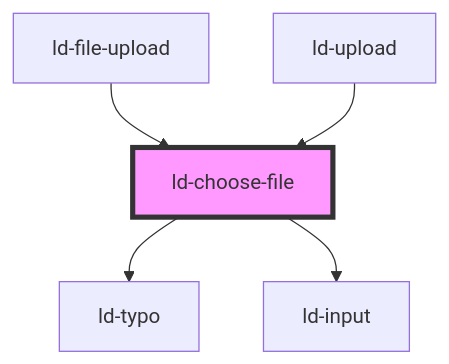
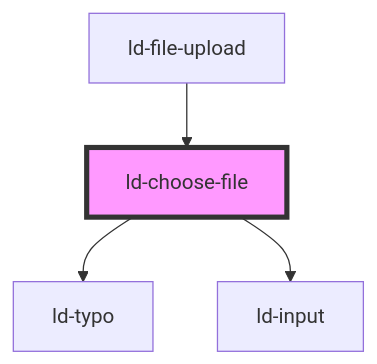
One commit to emdgroup-liquid/liquid changed the diagram in src/liquid/components/ld-file-upload/ld-choose-file/readme.md. Above: the diagram before and after it, drawn with Mermaid. The commit also changed other lines of this file and 12 other files, not shown here.

````diff
--- a/src/liquid/components/ld-file-upload/ld-choose-file/readme.md
+++ b/src/liquid/components/ld-file-upload/ld-choose-file/readme.md
@@ -74,8 +77,7 @@
 ```mermaid
 graph TD;
   ld-choose-file --> ld-typo
   ld-choose-file --> ld-input
   ld-file-upload --> ld-choose-file
-  ld-upload --> ld-choose-file
   style ld-choose-file fill:#f9f,stroke:#333,stroke-width:4px
 ```
````
